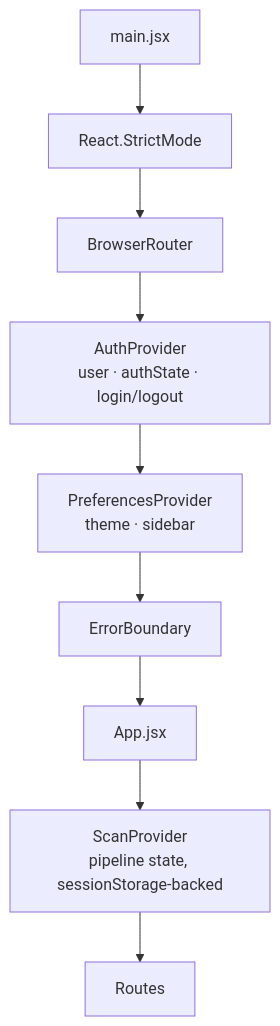
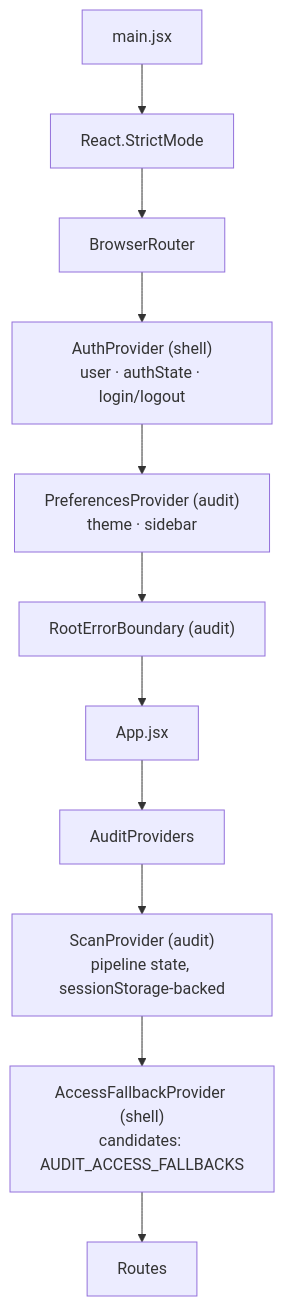
Before and after one commit to pankajkumar2498/CCure-PRO: the first of 3 diagrams in docs/FRONTEND_ARCHITECTURE.md, drawn with Mermaid. The commit also changed other lines of this file and 11 other files, not shown here.

````diff
--- a/docs/FRONTEND_ARCHITECTURE.md
+++ b/docs/FRONTEND_ARCHITECTURE.md
@@ -82,11 +155,13 @@
 ```mermaid
 graph TD
     M["main.jsx"] --> SM["React.StrictMode"]
     SM --> BR["BrowserRouter"]
-    BR --> AP["AuthProvider<br/>user · authState · login/logout"]
-    AP --> PP["PreferencesProvider<br/>theme · sidebar"]
-    PP --> EB["ErrorBoundary"]
+    BR --> AP["AuthProvider (shell)<br/>user · authState · login/logout"]
+    AP --> PP["PreferencesProvider (audit)<br/>theme · sidebar"]
+    PP --> EB["RootErrorBoundary (audit)"]
     EB --> APP["App.jsx"]
-    APP --> SP["ScanProvider<br/>pipeline state, sessionStorage-backed"]
-    SP --> RT["Routes"]
+    APP --> AUP["AuditProviders"]
+    AUP --> SP["ScanProvider (audit)<br/>pipeline state, sessionStorage-backed"]
+    SP --> AF["AccessFallbackProvider (shell)<br/>candidates: AUDIT_ACCESS_FALLBACKS"]
+    AF --> RT["Routes"]
 ```
````
